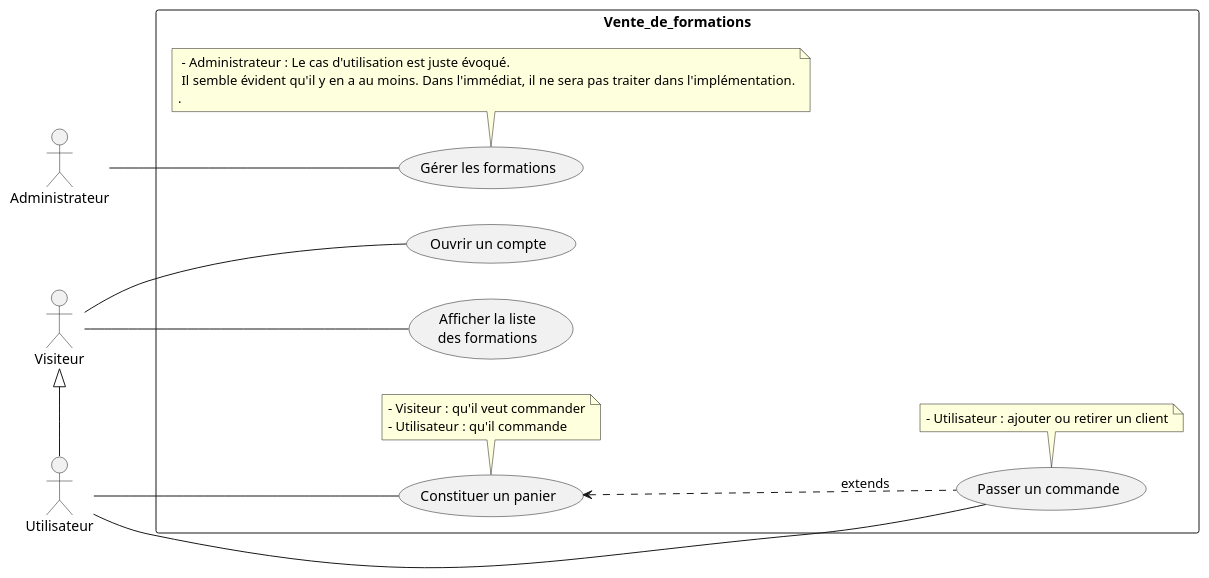
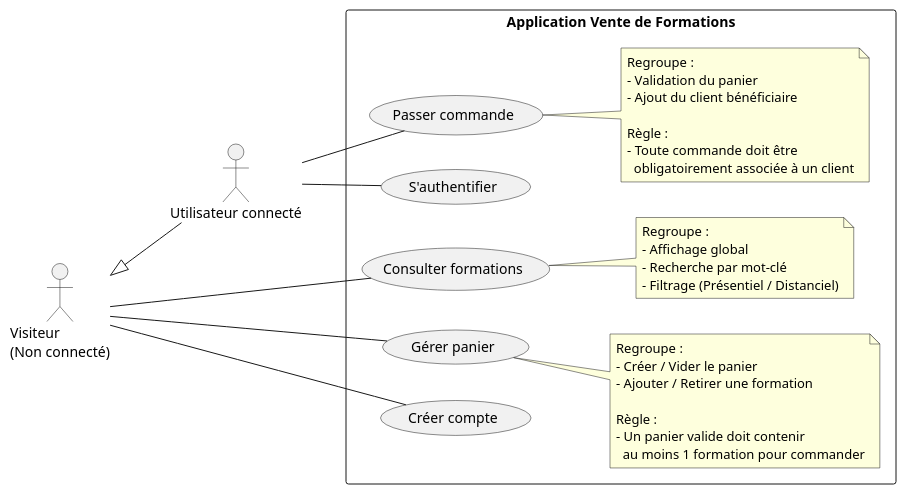
The diagram in doc/uml/1-use_case/training_sales-use_case.puml (albanmartel/evaluation_metier_java), drawn with PlantUML before and after one commit.

Commit message:
UPDATE: modification du diagramme de cas d'utilisation, pour obtenir des cas plus regroupés, voir un document lisible tout en ne perdant pas les informations

```diff
--- a/doc/uml/1-use_case/training_sales-use_case.puml
+++ b/doc/uml/1-use_case/training_sales-use_case.puml
@@ -1,65 +1,56 @@
-@startuml Training Sales
+@startuml
+left to right direction
 
-left to right direction
-/'
-*--------- Les acteurs ---------*
-'/
-actor Visiteur as av
-actor Utilisateur as cu
-actor Administrateur as za
+/' --- ACTEURS --- '/
+actor "Visiteur\n(Non connecté)" as visiteur
+actor "Utilisateur connecté" as utilisateur
 
-/'
-*--------- L'héritage ---------*
-'/
+' Alignement vertical : Visiteur en haut
+visiteur <|-- utilisateur
 
-av <|-right- cu
 
-/'
-*--------- Les Interactions ---------*
-'/
+rectangle "Application Vente de Formations" {
 
-rectangle Vente_de_formations {
-  /'
-	*--------- Les Cas d'utilisation  ---------*
-  '/
-  usecase "Afficher la liste\ndes formations" as UC1
-  usecase "Ouvrir un compte" as UC2
-  usecase "Constituer un panier" as UC3
-  usecase "Passer un commande" as UC4  
-  usecase "Gérer les formations" as UC5
-  
-  /'
-  *---------------Les notes et étiquettes ----------*
-  '/
-  note bottom of UC3
-  - Visiteur : qu'il veut commander
-  - Utilisateur : qu'il commande
-  end note  
-  
-  note bottom of UC4
-  - Utilisateur : ajouter ou retirer un client
-  end note  
-  
-  note bottom of UC5
-  - Administrateur : Le cas d'utilisation est juste évoqué. 
-  Il semble évident qu'il y en a au moins. Dans l'immédiat, il  ne sera pas traiter dans l'implémentation.
- .
+  usecase "Consulter formations" as UC_Liste
+  note right of UC_Liste
+    Regroupe :
+    - Affichage global
+    - Recherche par mot-clé
+    - Filtrage (Présentiel / Distanciel)
+  end note
+
+  usecase "Gérer panier" as UC_Panier
+  note right of UC_Panier
+    Regroupe :
+    - Créer / Vider le panier
+    - Ajouter / Retirer une formation
+    
+    Règle :
+    - Un panier valide doit contenir 
+      au moins 1 formation pour commander
+  end note
+
+  usecase "Créer compte" as UC_Creer
+  usecase "S'authentifier" as UC_Authentification
+
+  usecase "Passer commande" as UC_Commande
+  note right of UC_Commande
+    Regroupe :
+    - Validation du panier
+    - Ajout du client bénéficiaire
+    
+    Règle :
+    - Toute commande doit être 
+      obligatoirement associée à un client
   end note
 }
 
-/'
-*--------- Les relations  ---------*
-'/
+/' --- RELATIONS ACTEURS <--> CAS D'UTILISATION ---'/
 
-av -- UC1
-av -- UC2
-cu -- UC3
-cu -- UC4
-za -- UC5
+visiteur -- UC_Liste
+visiteur -- UC_Panier
+visiteur -- UC_Creer
 
-/'
-*--------- Les extends  ---------*
-'/
-UC4 .up.> UC3 : extends
-
+utilisateur -- UC_Authentification
+utilisateur -- UC_Commande
 @enduml
```
